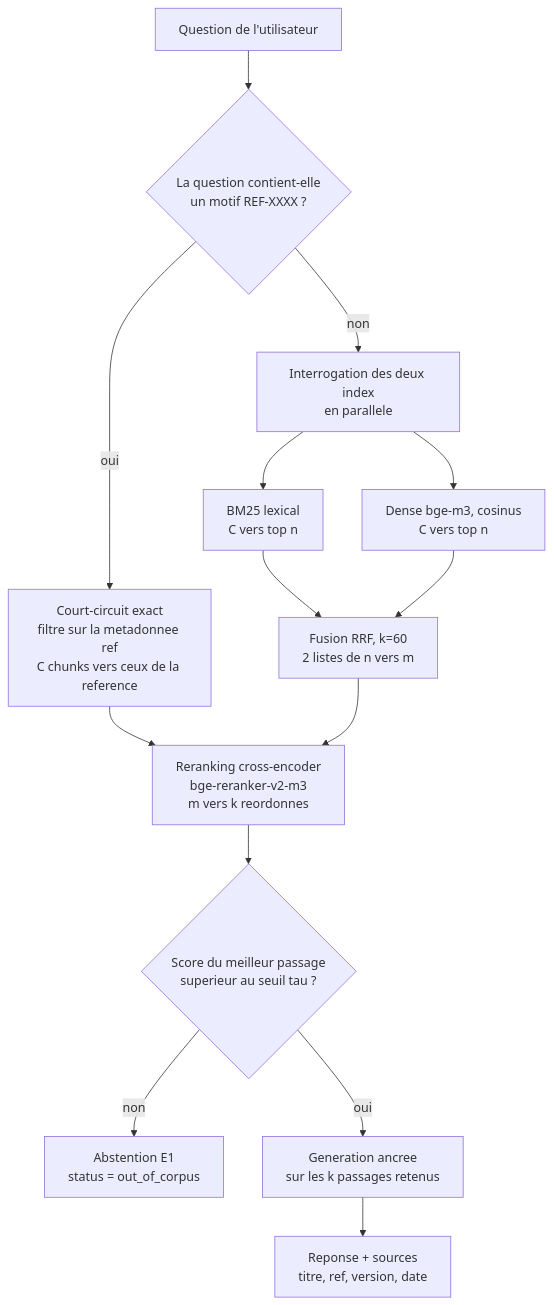
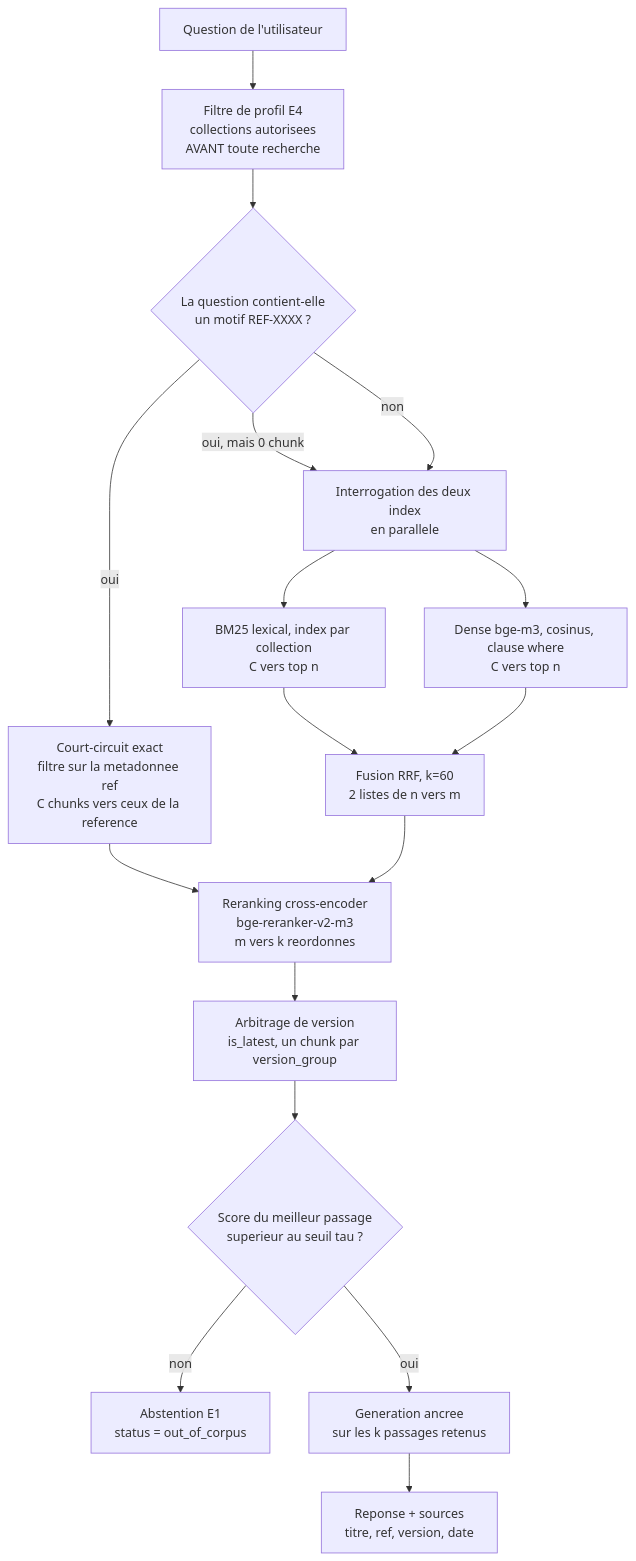
Before and after one commit to Bealph/sorabel-gateway: the fourth of 4 diagrams in docs/conception/01_flux_chunks.md, drawn with Mermaid. The commit also changed other lines of this file and 28 other files, not shown here.

````diff
--- a/docs/conception/01_flux_chunks.md
+++ b/docs/conception/01_flux_chunks.md
@@ -359,21 +402,24 @@
 ```mermaid
 flowchart TB
-    Q["Question de l'utilisateur"] --> R{"La question contient-elle<br/>un motif REF-XXXX ?"}
+    Q["Question de l'utilisateur"] --> PF["Filtre de profil E4<br/>collections autorisees<br/>AVANT toute recherche"]
+    PF --> R{"La question contient-elle<br/>un motif REF-XXXX ?"}
 
     R -->|oui| EX["Court-circuit exact<br/>filtre sur la metadonnee ref<br/>C chunks vers ceux de la reference"]
+    R -->|"oui, mais 0 chunk"| SP
     R -->|non| SP["Interrogation des deux index<br/>en parallele"]
 
-    SP --> BM["BM25 lexical<br/>C vers top n"]
-    SP --> DN["Dense bge-m3, cosinus<br/>C vers top n"]
+    SP --> BM["BM25 lexical, index par collection<br/>C vers top n"]
+    SP --> DN["Dense bge-m3, cosinus, clause where<br/>C vers top n"]
 
     BM --> FU["Fusion RRF, k=60<br/>2 listes de n vers m"]
     DN --> FU
 
     EX --> RR["Reranking cross-encoder<br/>bge-reranker-v2-m3<br/>m vers k reordonnes"]
     FU --> RR
 
-    RR --> SG{"Score du meilleur passage<br/>superieur au seuil tau ?"}
+    RR --> VE["Arbitrage de version<br/>is_latest, un chunk par version_group"]
+    VE --> SG{"Score du meilleur passage<br/>superieur au seuil tau ?"}
     SG -->|non| AB["Abstention E1<br/>status = out_of_corpus"]
     SG -->|oui| GE["Generation ancree<br/>sur les k passages retenus"]
     GE --> OU["Reponse + sources<br/>titre, ref, version, date"]
 ```
````
